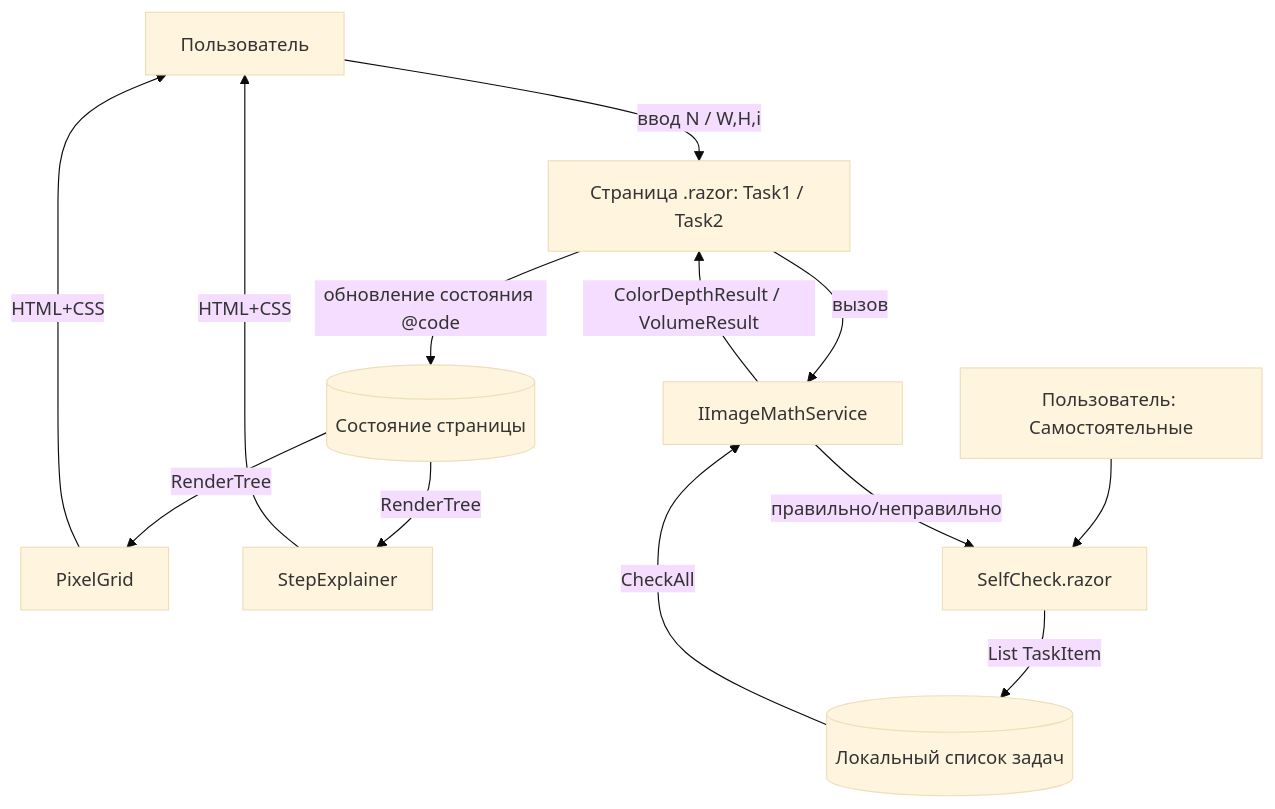
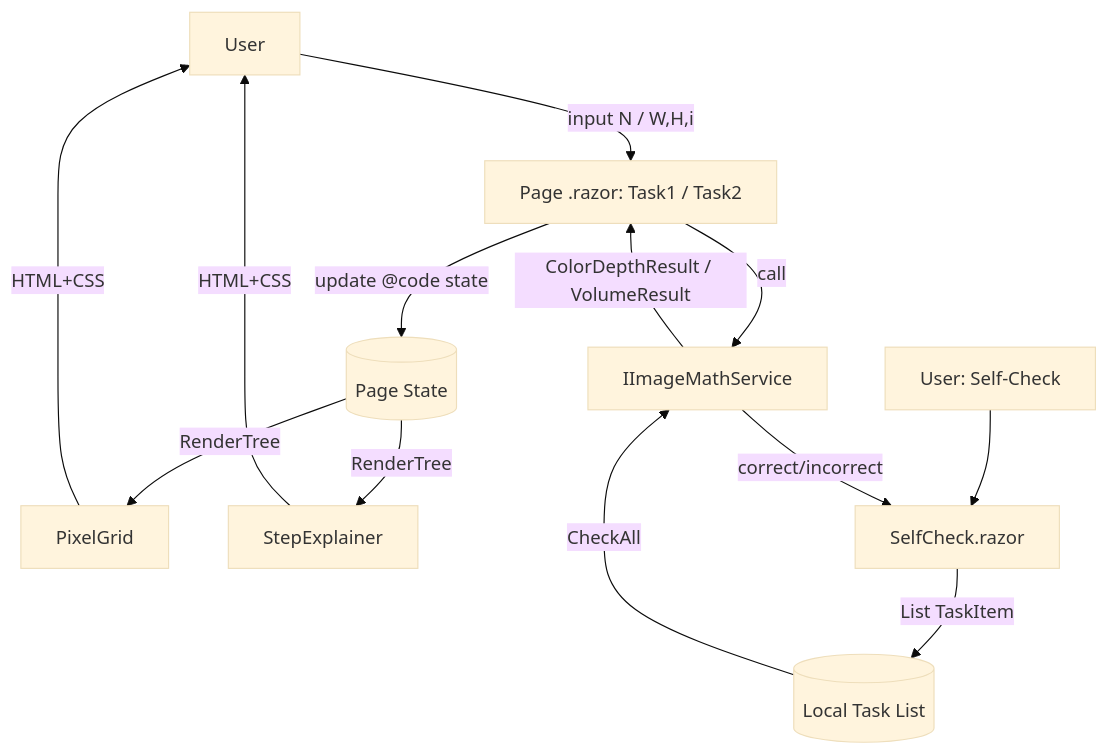
The diagram in README.md (ann10s/PixelAnatomy), drawn with Mermaid (base theme) before and after one commit. The commit also changed other lines of this file, not shown here.

````diff
--- a/README.md
+++ b/README.md
@@ -90,16 +79,16 @@
 ```mermaid
 flowchart TD
-    U[Пользователь] -->|ввод N / W,H,i| Page[Страница .razor: Task1 / Task2]
-    Page -->|вызов| Svc[IImageMathService]
+    U[User] -->|input N / W,H,i| Page[Page .razor: Task1 / Task2]
+    Page -->|call| Svc[IImageMathService]
     Svc -->|ColorDepthResult / VolumeResult| Page
-    Page -->|обновление состояния @code| State[(Состояние страницы)]
+    Page -->|update @code state| State[(Page State)]
     State -->|RenderTree| Grid[PixelGrid]
     State -->|RenderTree| Steps[StepExplainer]
     Grid -->|HTML+CSS| U
     Steps -->|HTML+CSS| U
 
-    User2[Пользователь: Самостоятельные] --> SC[SelfCheck.razor]
-    SC -->|List TaskItem| State2[(Локальный список задач)]
+    User2[User: Self-Check] --> SC[SelfCheck.razor]
+    SC -->|List TaskItem| State2[(Local Task List)]
     State2 -->|CheckAll| Svc
-    Svc -->|правильно/неправильно| SC
+    Svc -->|correct/incorrect| SC
 ```
````
